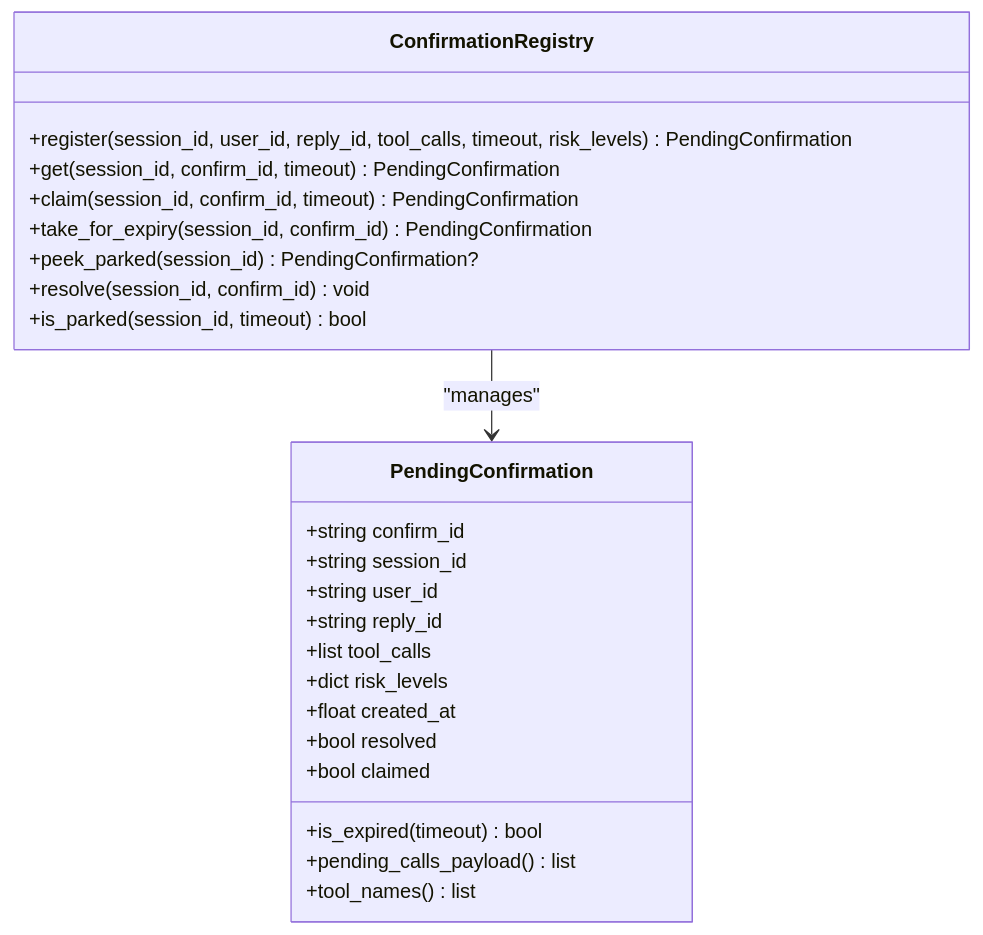
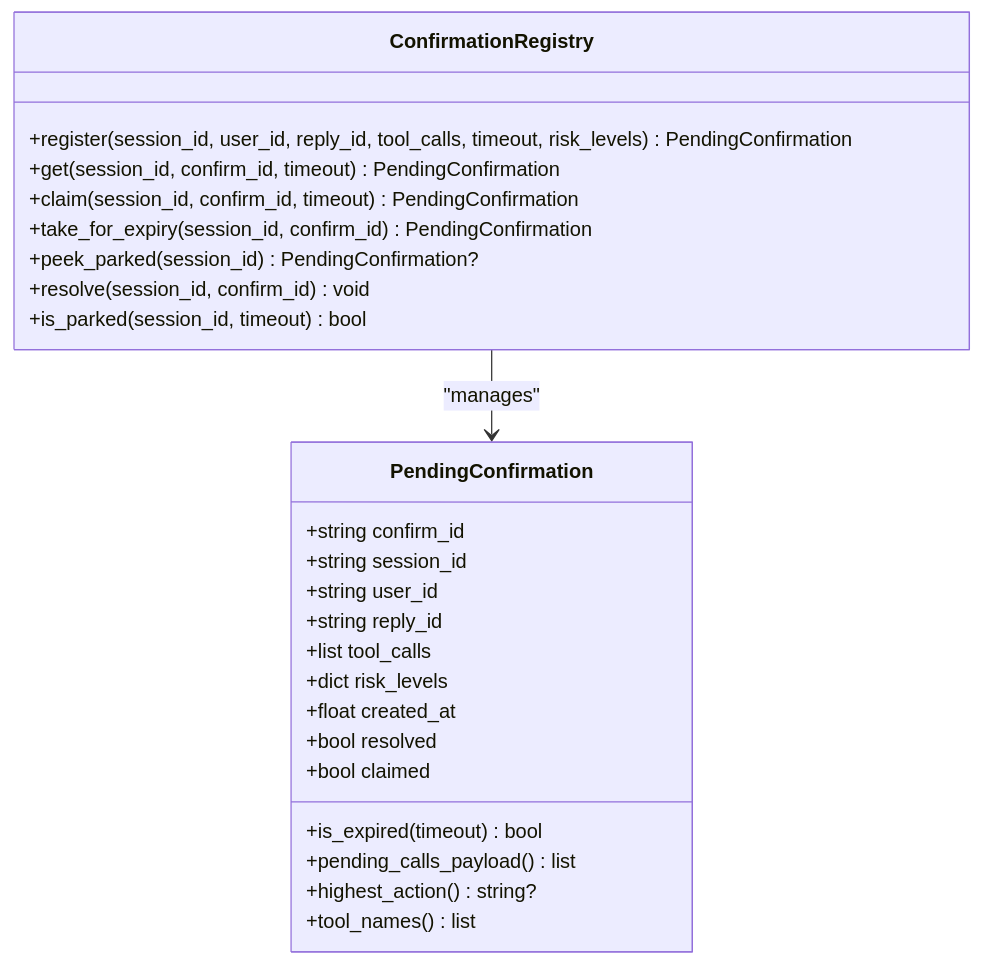
The third of 10 diagrams in .qoder/repowiki/en/content/Agent Platform Service/HITL Confirmation Bridging (SPEC-020).md (metasync/luban-aiops), drawn with Mermaid before and after one commit. The commit also changed other lines of this file and 7 other files, not shown here.

````diff
--- a/.qoder/repowiki/en/content/Agent Platform Service/HITL Confirmation Bridging (SPEC-020).md
+++ b/.qoder/repowiki/en/content/Agent Platform Service/HITL Confirmation Bridging (SPEC-020).md
@@ -199,27 +220,28 @@
 ```mermaid
 classDiagram
 class PendingConfirmation {
 +string confirm_id
 +string session_id
 +string user_id
 +string reply_id
 +list tool_calls
 +dict risk_levels
 +float created_at
 +bool resolved
 +bool claimed
 +is_expired(timeout) bool
 +pending_calls_payload() list
++highest_action() string?
 +tool_names() list
 }
 class ConfirmationRegistry {
 +register(session_id, user_id, reply_id, tool_calls, timeout, risk_levels) PendingConfirmation
 +get(session_id, confirm_id, timeout) PendingConfirmation
 +claim(session_id, confirm_id, timeout) PendingConfirmation
 +take_for_expiry(session_id, confirm_id) PendingConfirmation
 +peek_parked(session_id) PendingConfirmation?
 +resolve(session_id, confirm_id) void
 +is_parked(session_id, timeout) bool
 }
 ConfirmationRegistry --> PendingConfirmation : "manages"
 ```
````
